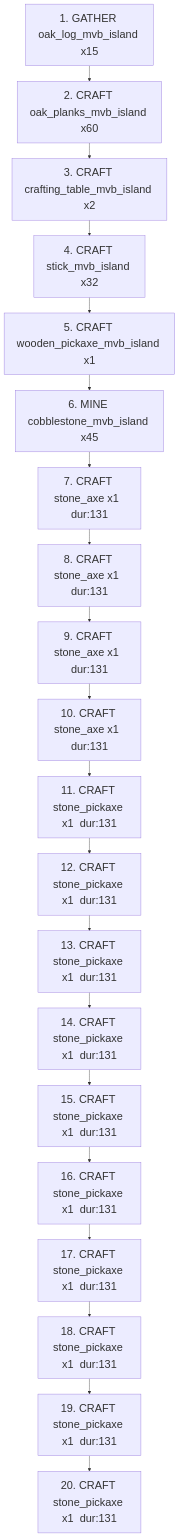
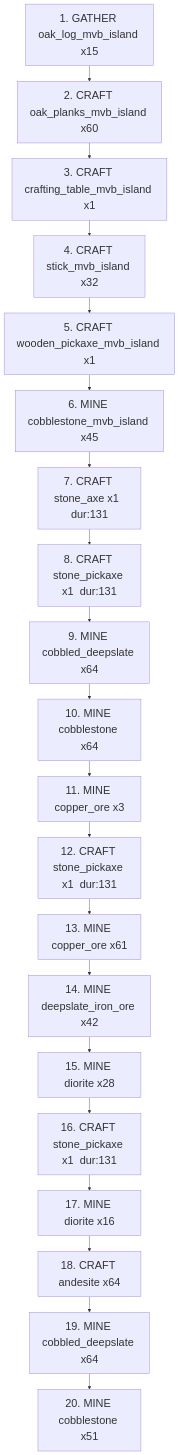
Before and after one commit to sdace9719/minecraft-planner: the diagram in debug_utitlities/queue_batch_01.mmd, drawn with Mermaid. The commit also changed 23 other files, not shown here.

```diff
--- a/debug_utitlities/queue_batch_01.mmd
+++ b/debug_utitlities/queue_batch_01.mmd
@@ -1,44 +1,44 @@
 %%{init: {'flowchart': {'nodeSpacing': 10, 'rankSpacing': 40, 'padding': 16}, 'themeVariables': {'fontSize': '28px'}} }%%
 flowchart TD
     %% Phase 5 Execution Queue — tasks 1–20
 
     n1["1. GATHER oak_log_mvb_island x15"]
     n2["2. CRAFT oak_planks_mvb_island x60"]
-    n3["3. CRAFT crafting_table_mvb_island x2"]
+    n3["3. CRAFT crafting_table_mvb_island x1"]
     n4["4. CRAFT stick_mvb_island x32"]
     n5["5. CRAFT wooden_pickaxe_mvb_island x1"]
     n6["6. MINE cobblestone_mvb_island x45"]
     n7["7. CRAFT stone_axe x1  dur:131"]
-    n8["8. CRAFT stone_axe x1  dur:131"]
-    n9["9. CRAFT stone_axe x1  dur:131"]
-    n10["10. CRAFT stone_axe x1  dur:131"]
-    n11["11. CRAFT stone_pickaxe x1  dur:131"]
+    n8["8. CRAFT stone_pickaxe x1  dur:131"]
+    n9["9. MINE cobbled_deepslate x64"]
+    n10["10. MINE cobblestone x64"]
+    n11["11. MINE copper_ore x3"]
     n12["12. CRAFT stone_pickaxe x1  dur:131"]
-    n13["13. CRAFT stone_pickaxe x1  dur:131"]
-    n14["14. CRAFT stone_pickaxe x1  dur:131"]
-    n15["15. CRAFT stone_pickaxe x1  dur:131"]
+    n13["13. MINE copper_ore x61"]
+    n14["14. MINE deepslate_iron_ore x42"]
+    n15["15. MINE diorite x28"]
     n16["16. CRAFT stone_pickaxe x1  dur:131"]
-    n17["17. CRAFT stone_pickaxe x1  dur:131"]
-    n18["18. CRAFT stone_pickaxe x1  dur:131"]
-    n19["19. CRAFT stone_pickaxe x1  dur:131"]
-    n20["20. CRAFT stone_pickaxe x1  dur:131"]
+    n17["17. MINE diorite x16"]
+    n18["18. CRAFT andesite x64"]
+    n19["19. MINE cobbled_deepslate x64"]
+    n20["20. MINE cobblestone x51"]
 
     n1 --> n2
     n2 --> n3
     n3 --> n4
     n4 --> n5
     n5 --> n6
     n6 --> n7
     n7 --> n8
     n8 --> n9
     n9 --> n10
     n10 --> n11
     n11 --> n12
     n12 --> n13
     n13 --> n14
     n14 --> n15
     n15 --> n16
     n16 --> n17
     n17 --> n18
     n18 --> n19
     n19 --> n20
```
